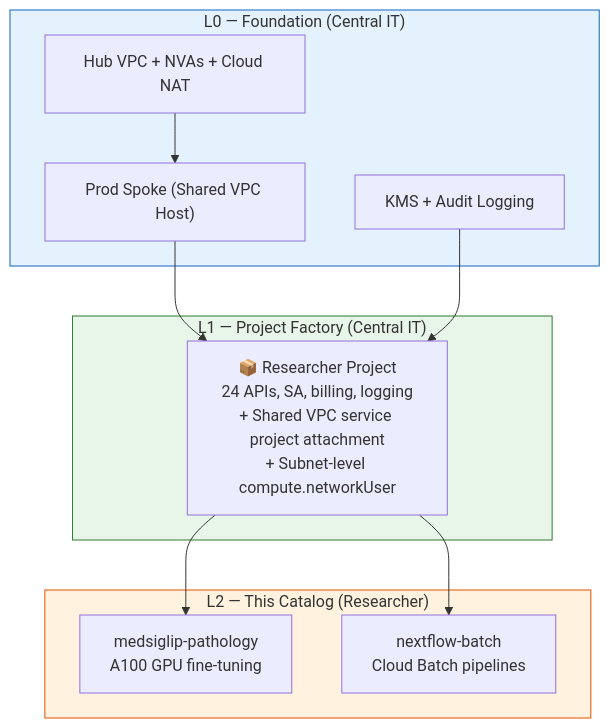
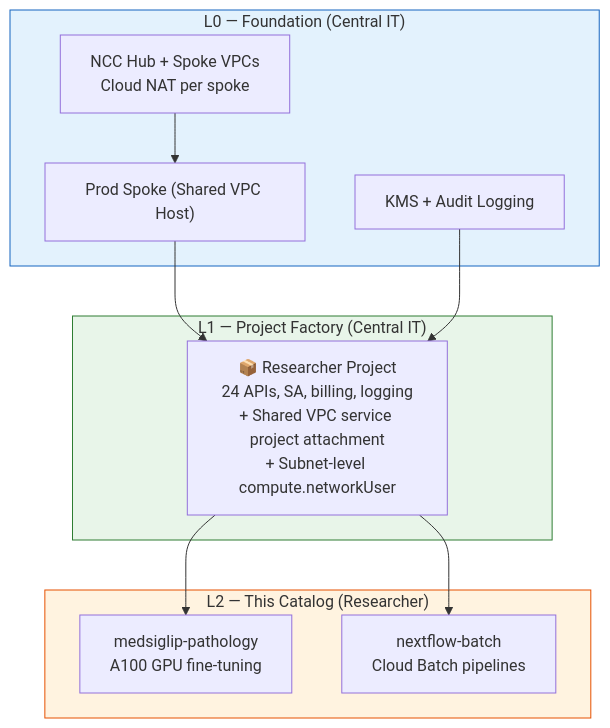
One commit to WandLZhang/fast-science-2-workload-catalog changed the diagram in README.md. Above: the diagram before and after it, drawn with Mermaid. The commit also changed 2 other files, not shown here.

Commit message:
docs: describe NCC egress, drop dead wzuniv project IDs
L0 made NCC the default in 2533d73 — each spoke runs its own Cloud NAT
and no NVA sits in the egress path. Both workload READMEs still described
traffic crossing the hub's NVAs.

The medsiglip deploy block also hardcoded wzuniv-pathology-medsiglip and
wzuniv-net-prod-0. Those projects were deleted 2026-09-09. Replaced with
<prefix>- placeholders to match nextflow-batch.

````diff
--- a/README.md
+++ b/README.md
@@ -41,27 +41,27 @@
 ```mermaid
 graph TB
     subgraph L0["L0 — Foundation (Central IT)"]
-        NET["Hub VPC + NVAs + Cloud NAT"]
+        NET["NCC Hub + Spoke VPCs<br/>Cloud NAT per spoke"]
         SPOKE["Prod Spoke (Shared VPC Host)"]
         SEC["KMS + Audit Logging"]
     end
 
     subgraph L1["L1 — Project Factory (Central IT)"]
         PROJ["📦 Researcher Project<br/>24 APIs, SA, billing, logging<br/>+ Shared VPC service project attachment<br/>+ Subnet-level compute.networkUser"]
     end
 
     subgraph L2["L2 — This Catalog (Researcher)"]
         W1["medsiglip-pathology<br/>A100 GPU fine-tuning"]
         W2["nextflow-batch<br/>Cloud Batch pipelines"]
     end
 
     NET --> SPOKE
     SPOKE --> PROJ
     SEC --> PROJ
     PROJ --> W1
     PROJ --> W2
 
     style L0 fill:#e3f2fd,stroke:#1565c0
     style L1 fill:#e8f5e9,stroke:#2e7d32
     style L2 fill:#fff3e0,stroke:#e65100
 ```
````
